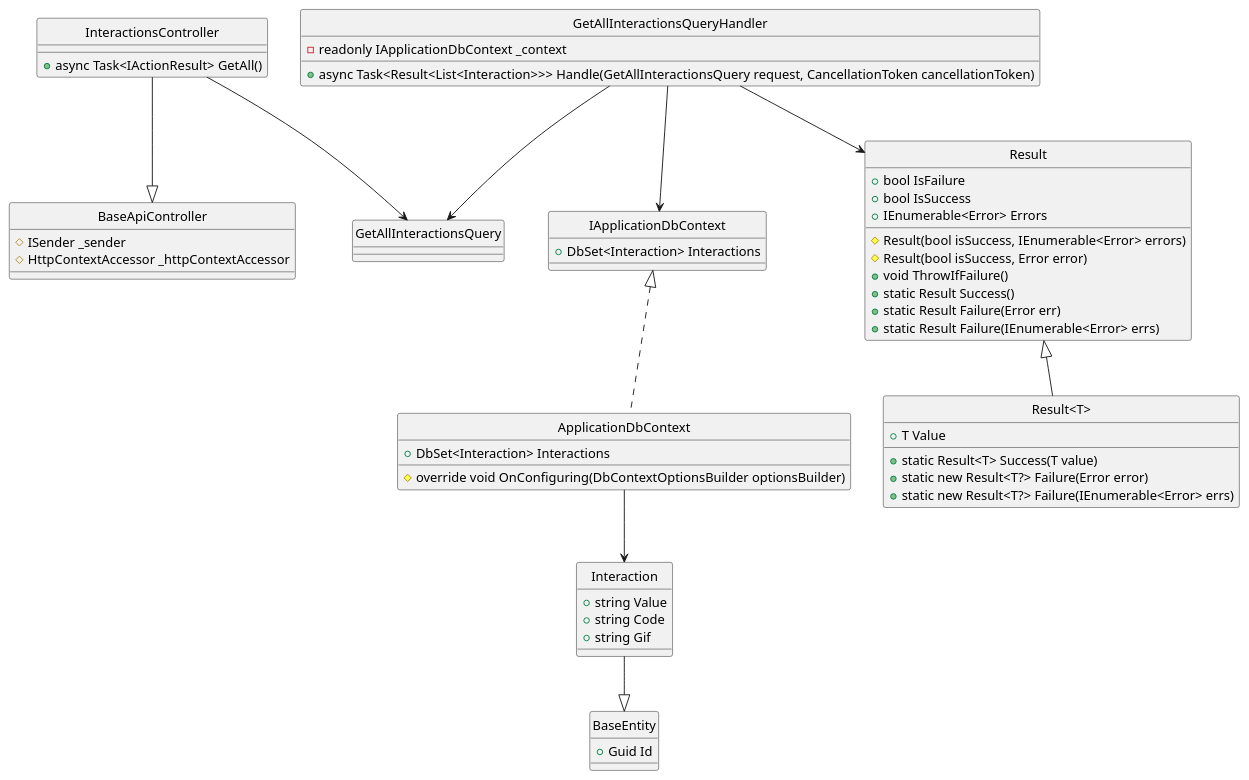
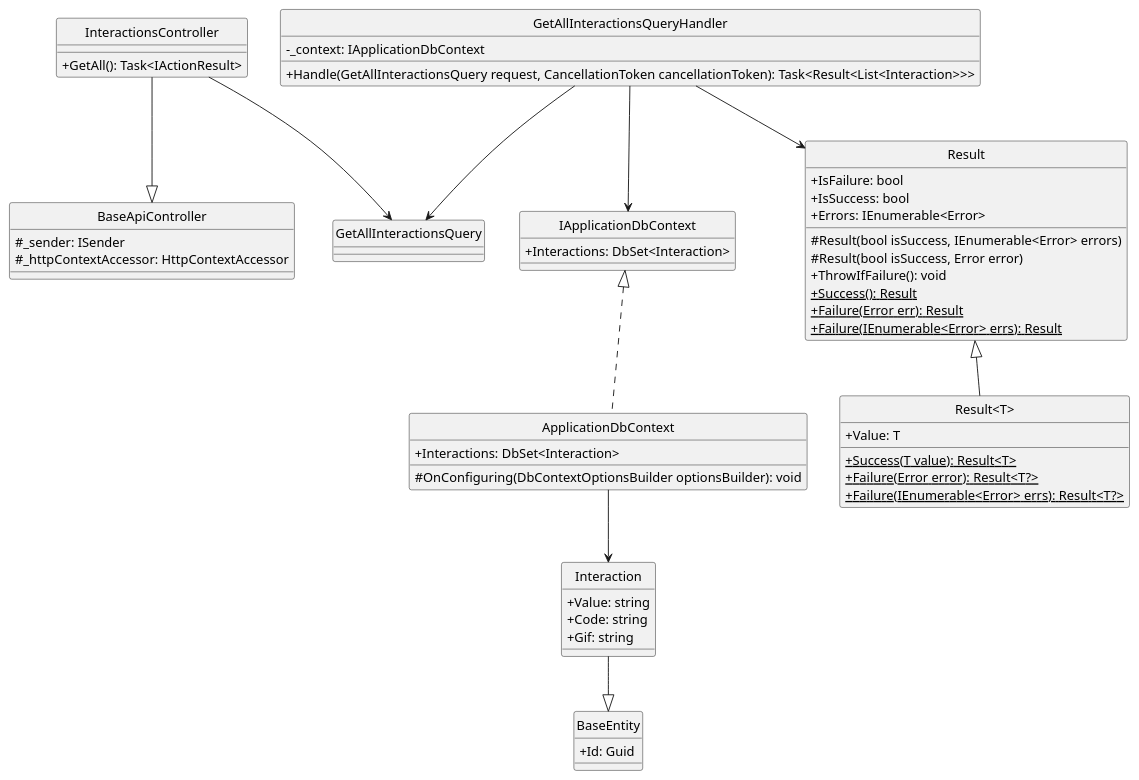
Before and after one commit to Carl-Johnsons/Chat-Application: the diagram in docs/Class Diagram/Post/Interactions/GetAllInteraction/ClassDiagram.plantuml, drawn with PlantUML. The commit also changed 21 other files, not shown here.

```diff
--- a/docs/Class Diagram/Post/Interactions/GetAllInteraction/ClassDiagram.plantuml
+++ b/docs/Class Diagram/Post/Interactions/GetAllInteraction/ClassDiagram.plantuml
@@ -1,68 +1,74 @@
 @startuml 
 hide circle
+skinparam classAttributeIconSize 0
 
 class BaseApiController {
-    #ISender _sender
-    #HttpContextAccessor _httpContextAccessor
+    #_sender: ISender
+    #_httpContextAccessor: HttpContextAccessor
 }
 
 class InteractionsController {
-    +async Task<IActionResult> GetAll()
+    +GetAll(): Task<IActionResult>
 }
 
 class GetAllInteractionsQuery {
 }
 
 class GetAllInteractionsQueryHandler {
-    -readonly IApplicationDbContext _context
-    +async Task<Result<List<Interaction>>> Handle(GetAllInteractionsQuery request, CancellationToken cancellationToken)
+    -_context: IApplicationDbContext
+    +Handle(GetAllInteractionsQuery request, CancellationToken cancellationToken): Task<Result<List<Interaction>>>
 }
 
 class IApplicationDbContext {
-    +DbSet<Interaction> Interactions
+    +Interactions: DbSet<Interaction>
 }
 
 class ApplicationDbContext {
-    +DbSet<Interaction> Interactions
-    #override void OnConfiguring(DbContextOptionsBuilder optionsBuilder)
+    +Interactions: DbSet<Interaction>
+    #OnConfiguring(DbContextOptionsBuilder optionsBuilder): void
 }
 
 class Result {
-    +bool IsFailure
-    +bool IsSuccess
-    +IEnumerable<Error> Errors
+    +IsFailure: bool
+    +IsSuccess: bool
+    +Errors: IEnumerable<Error>
     #Result(bool isSuccess, IEnumerable<Error> errors)
     #Result(bool isSuccess, Error error)
-    +void ThrowIfFailure()
-    +static Result Success()
-    +static Result Failure(Error err)
-    +static Result Failure(IEnumerable<Error> errs)
+    +ThrowIfFailure(): void
+    +{static} Success(): Result 
+    +{static} Failure(Error err): Result 
+    +{static} Failure(IEnumerable<Error> errs): Result 
 }
 
 class "Result<T>" {
-    +T Value
-    +static Result<T> Success(T value)
-    +static new Result<T?> Failure(Error error)
-    +static new Result<T?> Failure(IEnumerable<Error> errs)
+    +Value: T
+    +{static} Success(T value): Result<T>
+    +{static} Failure(Error error): Result<T?>
+    +{static} Failure(IEnumerable<Error> errs): Result<T?>
 }
 
 class BaseEntity {
-    +Guid Id
+    +Id: Guid
 }
 
 class Interaction {
-    +string Value
-    +string Code
-    +string Gif
+    +Value: string
+    +Code: string
+    +Gif: string
 }
 
+'==== Delete Interaction ====
+'API Layer
 InteractionsController --|> BaseApiController
 InteractionsController --> GetAllInteractionsQuery
+'Application Layer
 GetAllInteractionsQueryHandler --> GetAllInteractionsQuery
 GetAllInteractionsQueryHandler --> Result
 GetAllInteractionsQueryHandler --> IApplicationDbContext
+'Domain Layer
 Result <|-- "Result<T>"
+Interaction --|> BaseEntity
+'Infrastructure Layer
 IApplicationDbContext <|.. ApplicationDbContext
 ApplicationDbContext --> Interaction
-Interaction --|> BaseEntity
 @enduml
```
